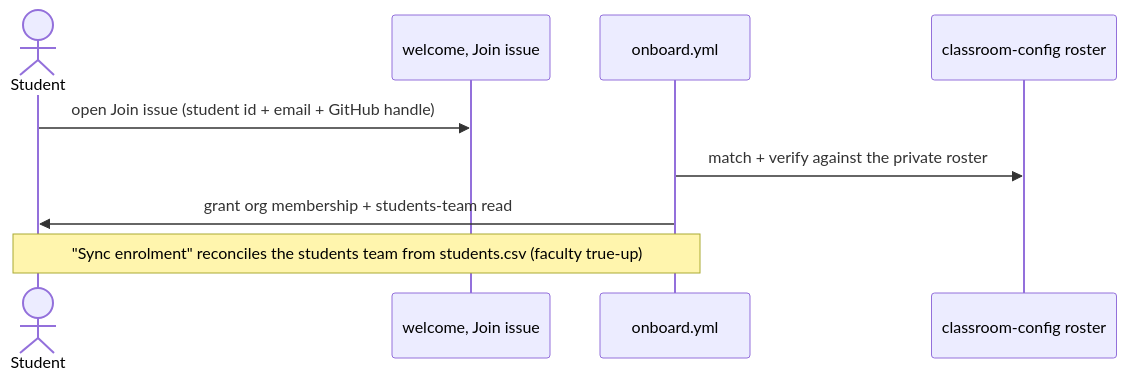
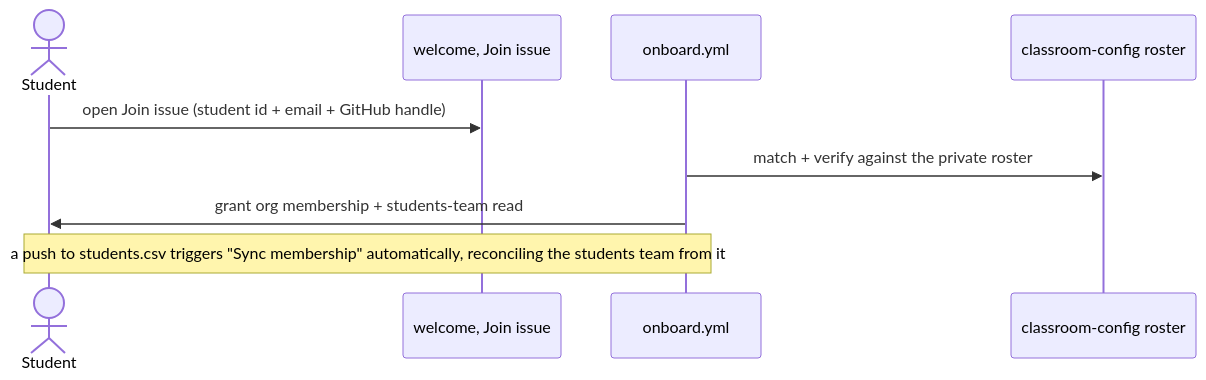
Before and after one commit to hertie-data-science-lab/dsl-teaching-course-setup: the seventh of 10 diagrams in docs/admin/architecture.md, drawn with Mermaid. The commit also changed other lines of this file and 48 other files, not shown here.

````diff
--- a/docs/admin/architecture.md
+++ b/docs/admin/architecture.md
@@ -172,11 +174,11 @@
 ```mermaid
 sequenceDiagram
   actor St as Student
   participant W as welcome, Join issue
   participant O as onboard.yml
   participant R as classroom-config roster
   St->>W: open Join issue (student id + email + GitHub handle)
   O->>R: match + verify against the private roster
   O->>St: grant org membership + students-team read
-  Note over O,St: "Sync enrolment" reconciles the students team from students.csv (faculty true-up)
+  Note over O,St: a push to students.csv triggers "Sync membership" automatically, reconciling the students team from it
 ```
````
